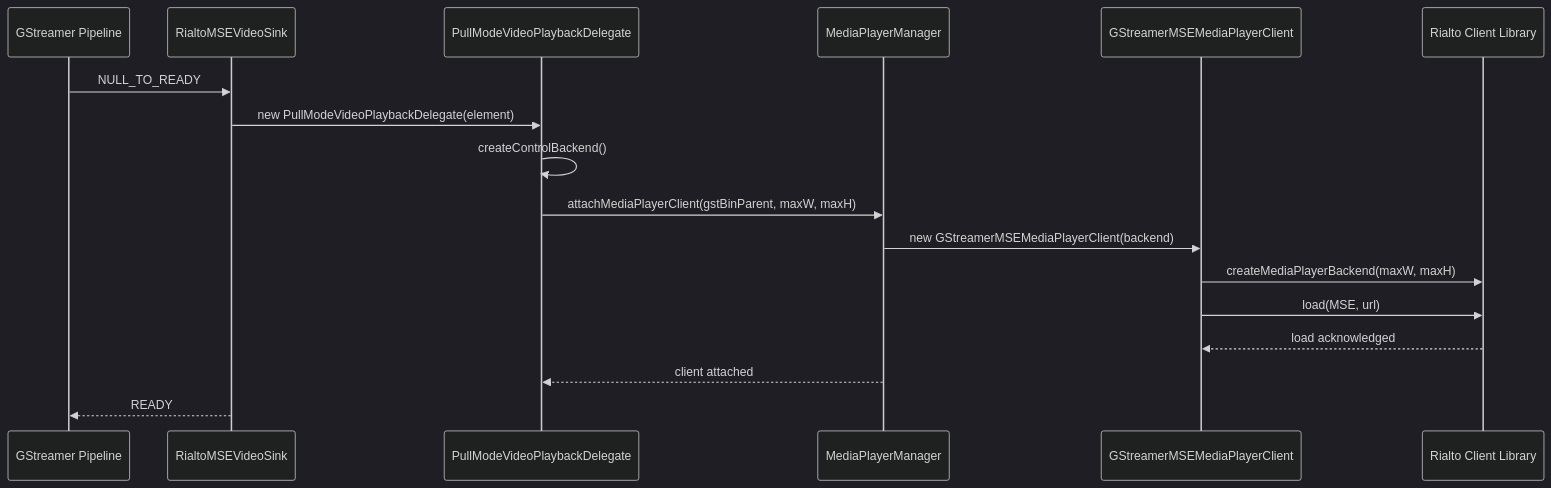
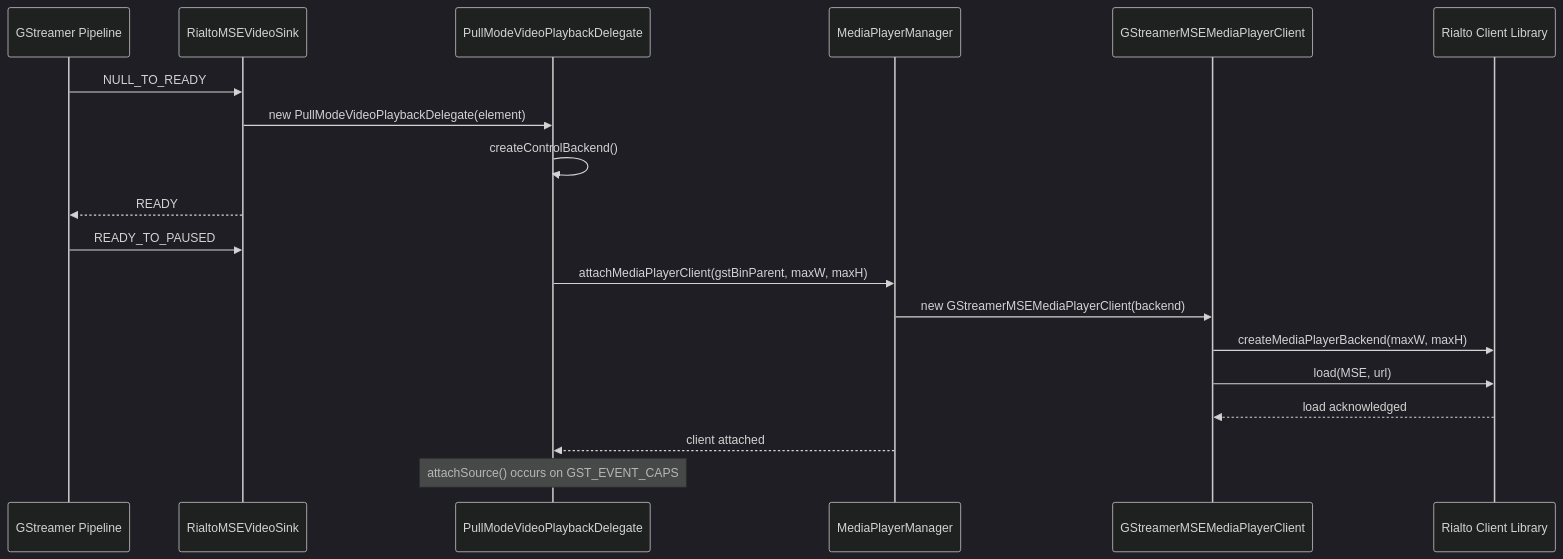
The fourth of 7 diagrams in docs/README.md (rdkcentral/rialto-gstreamer), drawn with Mermaid (dark theme) before and after one commit. The commit also changed other lines of this file, not shown here.

````diff
--- a/docs/README.md
+++ b/docs/README.md
@@ -242,20 +243,22 @@
 ```mermaid
 sequenceDiagram
     participant GSTPipeline as GStreamer Pipeline
     participant Sink as RialtoMSEVideoSink
     participant Delegate as PullModeVideoPlaybackDelegate
     participant MPMgr as MediaPlayerManager
     participant MPClient as GStreamerMSEMediaPlayerClient
     participant RialtoClient as Rialto Client Library
 
     GSTPipeline->>Sink: NULL_TO_READY
     Sink->>Delegate: new PullModeVideoPlaybackDelegate(element)
     Delegate->>Delegate: createControlBackend()
+    Sink-->>GSTPipeline: READY
+    GSTPipeline->>Sink: READY_TO_PAUSED
     Delegate->>MPMgr: attachMediaPlayerClient(gstBinParent, maxW, maxH)
     MPMgr->>MPClient: new GStreamerMSEMediaPlayerClient(backend)
     MPClient->>RialtoClient: createMediaPlayerBackend(maxW, maxH)
     MPClient->>RialtoClient: load(MSE, url)
     RialtoClient-->>MPClient: load acknowledged
     MPMgr-->>Delegate: client attached
-    Sink-->>GSTPipeline: READY
+    Note over Delegate: attachSource() occurs on GST_EVENT_CAPS
 ```
````
